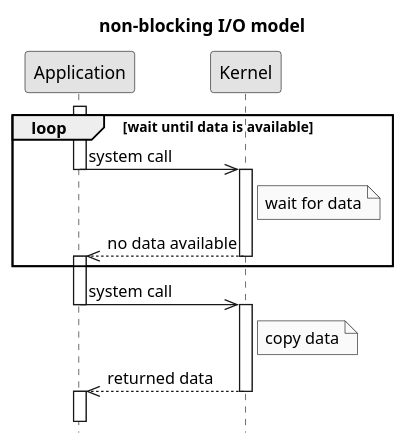
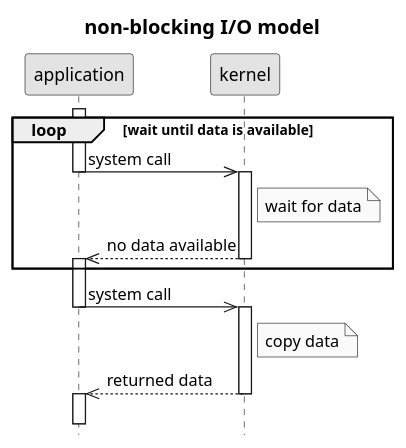
One commit to c0p4c4b4n4/demo-sockets-io-nio-nio2 changed the diagram in .images/non-blocking IO model.puml. Above: the diagram before and after it, drawn with PlantUML. The commit also changed 4 other files, not shown here.

```diff
--- a/.images/non-blocking IO model.puml
+++ b/.images/non-blocking IO model.puml
@@ -1,23 +1,24 @@
 @startuml
 title non-blocking I/O model
 hide footbox
 skinparam monochrome true
-activate Application
+skinparam titleFontSize 16
+activate application
 loop wait until data is available
-    Application->>Kernel: system call
-    deactivate Application
-    activate Kernel
-    Note right of Kernel: wait for data
-    Kernel-->>Application: no data available
-    deactivate Kernel
-    activate Application
+    application->>kernel: system call
+    deactivate application
+    activate kernel
+    Note right of kernel: wait for data
+    kernel-->>application: no data available
+    deactivate kernel
+    activate application
 end
-Application->>Kernel: system call
-deactivate Application
-activate Kernel
-Note right of Kernel: copy data
-Kernel-->>Application: returned data
-deactivate Kernel
-activate Application
+application->>kernel: system call
+deactivate application
+activate kernel
+Note right of kernel: copy data
+kernel-->>application: returned data
+deactivate kernel
+activate application
 ||15||
 @enduml
```
